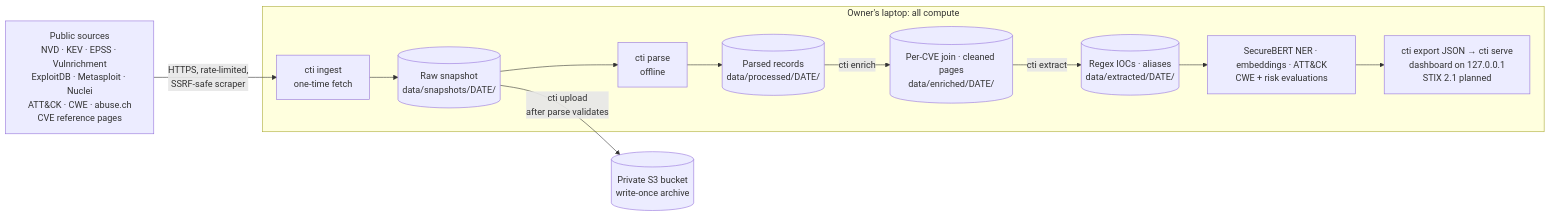
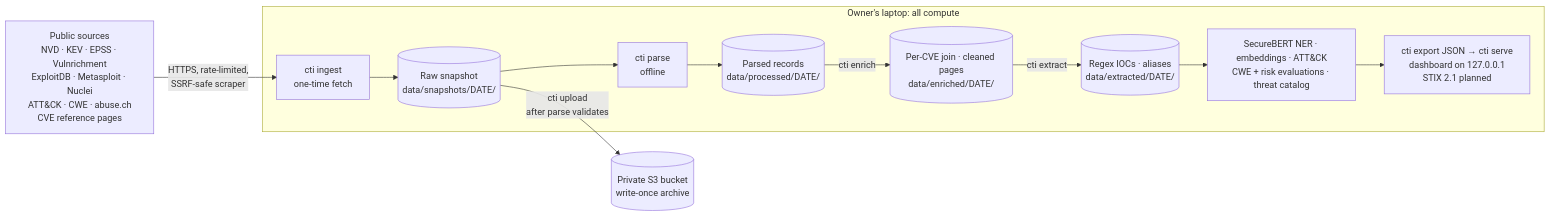
Before and after one commit to arinvandrapu/Cyber-Threat-Intelligence-System: the first of 2 diagrams in docs/architecture.md, drawn with Mermaid. The commit also changed other lines of this file and 20 other files, not shown here.

````diff
--- a/docs/architecture.md
+++ b/docs/architecture.md
@@ -12,19 +13,19 @@
 ```mermaid
 flowchart LR
     SRC[Public sources<br/>NVD · KEV · EPSS · Vulnrichment<br/>ExploitDB · Metasploit · Nuclei<br/>ATT&CK · CWE · abuse.ch<br/>CVE reference pages]
     subgraph LAPTOP[Owner's laptop: all compute]
         ING[cti ingest<br/>one-time fetch]
         SNAP[(Raw snapshot<br/>data/snapshots/DATE/)]
         PARSE[cti parse<br/>offline]
         PROC[(Parsed records<br/>data/processed/DATE/)]
         ENR[(Per-CVE join · cleaned pages<br/>data/enriched/DATE/)]
         EXT[(Regex IOCs · aliases<br/>data/extracted/DATE/)]
-        DOWN[SecureBERT NER · embeddings · ATT&CK<br/>CWE + risk evaluations]
+        DOWN[SecureBERT NER · embeddings · ATT&CK<br/>CWE + risk evaluations · threat catalog]
         OUT[cti export JSON → cti serve<br/>dashboard on 127.0.0.1<br/>STIX 2.1 planned]
     end
     S3[(Private S3 bucket<br/>write-once archive)]
 
     SRC -->|HTTPS, rate-limited,<br/>SSRF-safe scraper| ING --> SNAP
     SNAP --> PARSE --> PROC -->|cti enrich| ENR -->|cti extract| EXT --> DOWN --> OUT
     SNAP -->|cti upload<br/>after parse validates| S3
 ```
````
